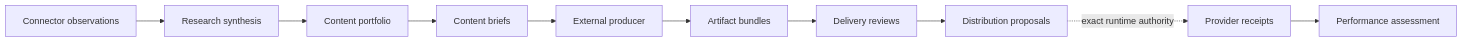
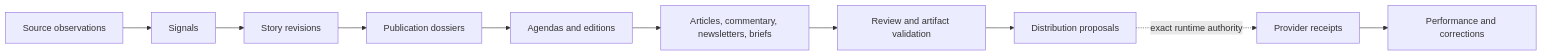
Before and after one commit to profrodai/zeocreator: the diagram in docs/index.md, drawn with Mermaid. The commit also changed other lines of this file and 113 other files, not shown here.

````diff
--- a/docs/index.md
+++ b/docs/index.md
@@ -16,12 +15,12 @@
 ```mermaid
 flowchart LR
-    A[Connector observations] --> B[Research synthesis]
-    B --> C[Content portfolio]
-    C --> D[Content briefs]
-    D --> E[External producer]
-    E --> F[Artifact bundles]
-    F --> G[Delivery reviews]
+    A[Source observations] --> B[Signals]
+    B --> C[Story revisions]
+    C --> D[Publication dossiers]
+    D --> E[Agendas and editions]
+    E --> F[Articles, commentary, newsletters, briefs]
+    F --> G[Review and artifact validation]
     G --> H[Distribution proposals]
     H -. exact runtime authority .-> I[Provider receipts]
-    I --> J[Performance assessment]
+    I --> J[Performance and corrections]
 ```
````
